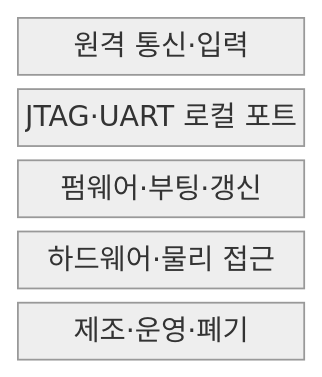
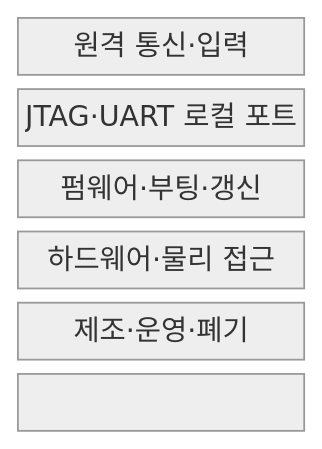
Before and after one commit to agnusdei1207/knowledge-base: the first of 2 diagrams in src/content/docs/notes/05-security/125_embedded_security_vulnerabilities.md, drawn with Mermaid (neutral theme). The commit also changed other lines of this file and 151 other files, not shown here.

````diff
--- a/src/content/docs/notes/05-security/125_embedded_security_vulnerabilities.md
+++ b/src/content/docs/notes/05-security/125_embedded_security_vulnerabilities.md
@@ -55,9 +55,11 @@
 ```mermaid
 block-beta
   columns 1
   R["원격 통신·입력"]
   L["JTAG·UART 로컬 포트"]
   F["펌웨어·부팅·갱신"]
   H["하드웨어·물리 접근"]
   O["제조·운영·폐기"]
+  R --- L --- F
+  F --- H --- O
 ```
````
